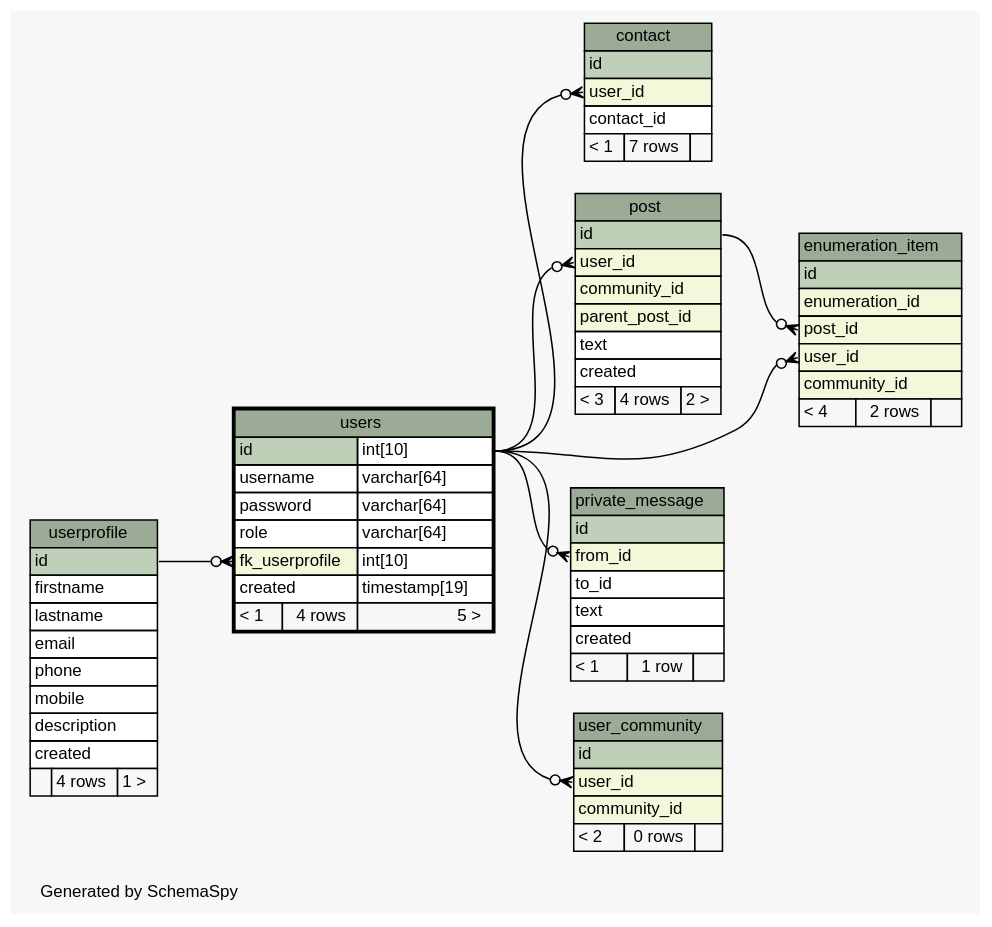
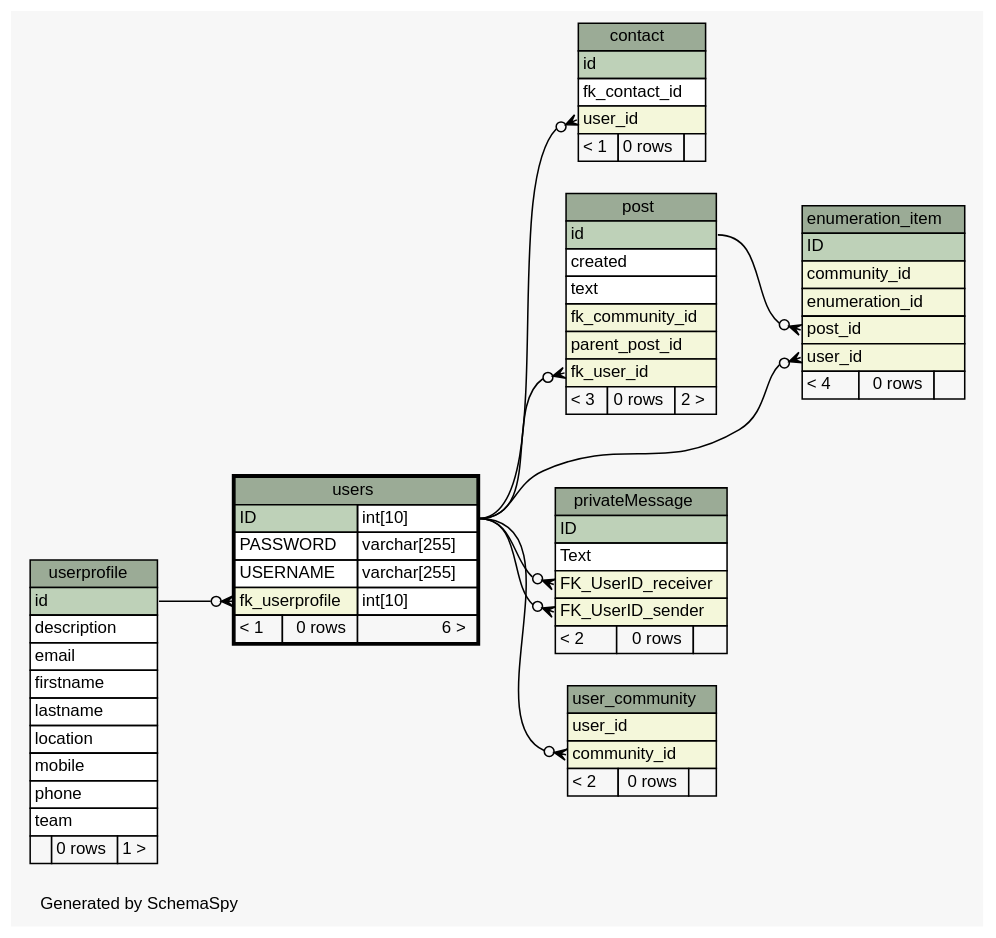
Before and after one commit to chr-krenn/chr-krenn-fhj-ws2017-sd17-pse: the diagram in doc/db_schema/diagrams/users.1degree.dot, drawn with Graphviz. The commit also changed 60 other files, not shown here.

```diff
--- a/doc/db_schema/diagrams/users.1degree.dot
+++ b/doc/db_schema/diagrams/users.1degree.dot
@@ -1,128 +1,126 @@
 // dot 2.40.1 on Linux 4.12.5-300.fc26.x86_64
 // SchemaSpy rev 590
 digraph "oneDegreeRelationshipsDiagram" {
   graph [
     rankdir="RL"
     bgcolor="#f7f7f7"
     label="\nGenerated by SchemaSpy"
     labeljust="l"
     nodesep="0.18"
     ranksep="0.46"
     fontname="Helvetica"
     fontsize="11"
   ];
   node [
     fontname="Helvetica"
     fontsize="11"
     shape="plaintext"
   ];
   edge [
     arrowsize="0.8"
   ];
-  "contact":"user_id":w -> "users":"id.type":e [arrowhead=none dir=back arrowtail=crowodot];
+  "contact":"user_id":w -> "users":"ID.type":e [arrowhead=none dir=back arrowtail=crowodot];
   "enumeration_item":"post_id":w -> "post":"id":e [arrowhead=none dir=back arrowtail=crowodot];
-  "enumeration_item":"user_id":w -> "users":"id.type":e [arrowhead=none dir=back arrowtail=crowodot];
-  "post":"user_id":w -> "users":"id.type":e [arrowhead=none dir=back arrowtail=crowodot];
-  "private_message":"from_id":w -> "users":"id.type":e [arrowhead=none dir=back arrowtail=crowodot];
-  "user_community":"user_id":w -> "users":"id.type":e [arrowhead=none dir=back arrowtail=crowodot];
+  "enumeration_item":"user_id":w -> "users":"ID.type":e [arrowhead=none dir=back arrowtail=crowodot];
+  "post":"fk_user_id":w -> "users":"ID.type":e [arrowhead=none dir=back arrowtail=crowodot];
+  "privateMessage":"FK_UserID_receiver":w -> "users":"ID.type":e [arrowhead=none dir=back arrowtail=crowodot];
+  "privateMessage":"FK_UserID_sender":w -> "users":"ID.type":e [arrowhead=none dir=back arrowtail=crowodot];
+  "user_community":"community_id":w -> "users":"ID.type":e [arrowhead=none dir=back arrowtail=crowodot];
   "users":"fk_userprofile":w -> "userprofile":"id":e [arrowhead=none dir=back arrowtail=crowodot];
   "contact" [
     label=<
     <TABLE BORDER="0" CELLBORDER="1" CELLSPACING="0" BGCOLOR="#ffffff">
       <TR><TD COLSPAN="3" BGCOLOR="#9bab96" ALIGN="CENTER">contact</TD></TR>
       <TR><TD PORT="id" COLSPAN="3" BGCOLOR="#bed1b8" ALIGN="LEFT">id</TD></TR>
+      <TR><TD PORT="fk_contact_id" COLSPAN="3" ALIGN="LEFT">fk_contact_id</TD></TR>
       <TR><TD PORT="user_id" COLSPAN="3" BGCOLOR="#f4f7da" ALIGN="LEFT">user_id</TD></TR>
-      <TR><TD PORT="contact_id" COLSPAN="3" ALIGN="LEFT">contact_id</TD></TR>
-      <TR><TD ALIGN="LEFT" BGCOLOR="#f7f7f7">&lt; 1</TD><TD ALIGN="RIGHT" BGCOLOR="#f7f7f7">7 rows</TD><TD ALIGN="RIGHT" BGCOLOR="#f7f7f7">  </TD></TR>
+      <TR><TD ALIGN="LEFT" BGCOLOR="#f7f7f7">&lt; 1</TD><TD ALIGN="RIGHT" BGCOLOR="#f7f7f7">0 rows</TD><TD ALIGN="RIGHT" BGCOLOR="#f7f7f7">  </TD></TR>
     </TABLE>>
     URL="contact.html"
     tooltip="contact"
   ];
   "enumeration_item" [
     label=<
     <TABLE BORDER="0" CELLBORDER="1" CELLSPACING="0" BGCOLOR="#ffffff">
       <TR><TD COLSPAN="3" BGCOLOR="#9bab96" ALIGN="CENTER">enumeration_item</TD></TR>
-      <TR><TD PORT="id" COLSPAN="3" BGCOLOR="#bed1b8" ALIGN="LEFT">id</TD></TR>
+      <TR><TD PORT="ID" COLSPAN="3" BGCOLOR="#bed1b8" ALIGN="LEFT">ID</TD></TR>
+      <TR><TD PORT="community_id" COLSPAN="3" BGCOLOR="#f4f7da" ALIGN="LEFT">community_id</TD></TR>
       <TR><TD PORT="enumeration_id" COLSPAN="3" BGCOLOR="#f4f7da" ALIGN="LEFT">enumeration_id</TD></TR>
       <TR><TD PORT="post_id" COLSPAN="3" BGCOLOR="#f4f7da" ALIGN="LEFT">post_id</TD></TR>
       <TR><TD PORT="user_id" COLSPAN="3" BGCOLOR="#f4f7da" ALIGN="LEFT">user_id</TD></TR>
-      <TR><TD PORT="community_id" COLSPAN="3" BGCOLOR="#f4f7da" ALIGN="LEFT">community_id</TD></TR>
-      <TR><TD ALIGN="LEFT" BGCOLOR="#f7f7f7">&lt; 4</TD><TD ALIGN="RIGHT" BGCOLOR="#f7f7f7">2 rows</TD><TD ALIGN="RIGHT" BGCOLOR="#f7f7f7">  </TD></TR>
+      <TR><TD ALIGN="LEFT" BGCOLOR="#f7f7f7">&lt; 4</TD><TD ALIGN="RIGHT" BGCOLOR="#f7f7f7">0 rows</TD><TD ALIGN="RIGHT" BGCOLOR="#f7f7f7">  </TD></TR>
     </TABLE>>
     URL="enumeration_item.html"
     tooltip="enumeration_item"
   ];
   "post" [
     label=<
     <TABLE BORDER="0" CELLBORDER="1" CELLSPACING="0" BGCOLOR="#ffffff">
       <TR><TD COLSPAN="3" BGCOLOR="#9bab96" ALIGN="CENTER">post</TD></TR>
       <TR><TD PORT="id" COLSPAN="3" BGCOLOR="#bed1b8" ALIGN="LEFT">id</TD></TR>
-      <TR><TD PORT="user_id" COLSPAN="3" BGCOLOR="#f4f7da" ALIGN="LEFT">user_id</TD></TR>
-      <TR><TD PORT="community_id" COLSPAN="3" BGCOLOR="#f4f7da" ALIGN="LEFT">community_id</TD></TR>
+      <TR><TD PORT="created" COLSPAN="3" ALIGN="LEFT">created</TD></TR>
+      <TR><TD PORT="text" COLSPAN="3" ALIGN="LEFT">text</TD></TR>
+      <TR><TD PORT="fk_community_id" COLSPAN="3" BGCOLOR="#f4f7da" ALIGN="LEFT">fk_community_id</TD></TR>
       <TR><TD PORT="parent_post_id" COLSPAN="3" BGCOLOR="#f4f7da" ALIGN="LEFT">parent_post_id</TD></TR>
-      <TR><TD PORT="text" COLSPAN="3" ALIGN="LEFT">text</TD></TR>
-      <TR><TD PORT="created" COLSPAN="3" ALIGN="LEFT">created</TD></TR>
-      <TR><TD ALIGN="LEFT" BGCOLOR="#f7f7f7">&lt; 3</TD><TD ALIGN="RIGHT" BGCOLOR="#f7f7f7">4 rows</TD><TD ALIGN="RIGHT" BGCOLOR="#f7f7f7">2 &gt;</TD></TR>
+      <TR><TD PORT="fk_user_id" COLSPAN="3" BGCOLOR="#f4f7da" ALIGN="LEFT">fk_user_id</TD></TR>
+      <TR><TD ALIGN="LEFT" BGCOLOR="#f7f7f7">&lt; 3</TD><TD ALIGN="RIGHT" BGCOLOR="#f7f7f7">0 rows</TD><TD ALIGN="RIGHT" BGCOLOR="#f7f7f7">2 &gt;</TD></TR>
     </TABLE>>
     URL="post.html"
     tooltip="post"
   ];
-  "private_message" [
+  "privateMessage" [
     label=<
     <TABLE BORDER="0" CELLBORDER="1" CELLSPACING="0" BGCOLOR="#ffffff">
-      <TR><TD COLSPAN="3" BGCOLOR="#9bab96" ALIGN="CENTER">private_message</TD></TR>
-      <TR><TD PORT="id" COLSPAN="3" BGCOLOR="#bed1b8" ALIGN="LEFT">id</TD></TR>
-      <TR><TD PORT="from_id" COLSPAN="3" BGCOLOR="#f4f7da" ALIGN="LEFT">from_id</TD></TR>
-      <TR><TD PORT="to_id" COLSPAN="3" ALIGN="LEFT">to_id</TD></TR>
-      <TR><TD PORT="text" COLSPAN="3" ALIGN="LEFT">text</TD></TR>
-      <TR><TD PORT="created" COLSPAN="3" ALIGN="LEFT">created</TD></TR>
-      <TR><TD ALIGN="LEFT" BGCOLOR="#f7f7f7">&lt; 1</TD><TD ALIGN="RIGHT" BGCOLOR="#f7f7f7">1 row</TD><TD ALIGN="RIGHT" BGCOLOR="#f7f7f7">  </TD></TR>
+      <TR><TD COLSPAN="3" BGCOLOR="#9bab96" ALIGN="CENTER">privateMessage</TD></TR>
+      <TR><TD PORT="ID" COLSPAN="3" BGCOLOR="#bed1b8" ALIGN="LEFT">ID</TD></TR>
+      <TR><TD PORT="Text" COLSPAN="3" ALIGN="LEFT">Text</TD></TR>
+      <TR><TD PORT="FK_UserID_receiver" COLSPAN="3" BGCOLOR="#f4f7da" ALIGN="LEFT">FK_UserID_receiver</TD></TR>
+      <TR><TD PORT="FK_UserID_sender" COLSPAN="3" BGCOLOR="#f4f7da" ALIGN="LEFT">FK_UserID_sender</TD></TR>
+      <TR><TD ALIGN="LEFT" BGCOLOR="#f7f7f7">&lt; 2</TD><TD ALIGN="RIGHT" BGCOLOR="#f7f7f7">0 rows</TD><TD ALIGN="RIGHT" BGCOLOR="#f7f7f7">  </TD></TR>
     </TABLE>>
-    URL="private_message.html"
-    tooltip="private_message"
+    URL="privateMessage.html"
+    tooltip="privateMessage"
   ];
   "user_community" [
     label=<
     <TABLE BORDER="0" CELLBORDER="1" CELLSPACING="0" BGCOLOR="#ffffff">
       <TR><TD COLSPAN="3" BGCOLOR="#9bab96" ALIGN="CENTER">user_community</TD></TR>
-      <TR><TD PORT="id" COLSPAN="3" BGCOLOR="#bed1b8" ALIGN="LEFT">id</TD></TR>
       <TR><TD PORT="user_id" COLSPAN="3" BGCOLOR="#f4f7da" ALIGN="LEFT">user_id</TD></TR>
       <TR><TD PORT="community_id" COLSPAN="3" BGCOLOR="#f4f7da" ALIGN="LEFT">community_id</TD></TR>
       <TR><TD ALIGN="LEFT" BGCOLOR="#f7f7f7">&lt; 2</TD><TD ALIGN="RIGHT" BGCOLOR="#f7f7f7">0 rows</TD><TD ALIGN="RIGHT" BGCOLOR="#f7f7f7">  </TD></TR>
     </TABLE>>
     URL="user_community.html"
     tooltip="user_community"
   ];
   "userprofile" [
     label=<
     <TABLE BORDER="0" CELLBORDER="1" CELLSPACING="0" BGCOLOR="#ffffff">
       <TR><TD COLSPAN="3" BGCOLOR="#9bab96" ALIGN="CENTER">userprofile</TD></TR>
       <TR><TD PORT="id" COLSPAN="3" BGCOLOR="#bed1b8" ALIGN="LEFT">id</TD></TR>
+      <TR><TD PORT="description" COLSPAN="3" ALIGN="LEFT">description</TD></TR>
+      <TR><TD PORT="email" COLSPAN="3" ALIGN="LEFT">email</TD></TR>
       <TR><TD PORT="firstname" COLSPAN="3" ALIGN="LEFT">firstname</TD></TR>
       <TR><TD PORT="lastname" COLSPAN="3" ALIGN="LEFT">lastname</TD></TR>
-      <TR><TD PORT="email" COLSPAN="3" ALIGN="LEFT">email</TD></TR>
+      <TR><TD PORT="location" COLSPAN="3" ALIGN="LEFT">location</TD></TR>
+      <TR><TD PORT="mobile" COLSPAN="3" ALIGN="LEFT">mobile</TD></TR>
       <TR><TD PORT="phone" COLSPAN="3" ALIGN="LEFT">phone</TD></TR>
-      <TR><TD PORT="mobile" COLSPAN="3" ALIGN="LEFT">mobile</TD></TR>
-      <TR><TD PORT="description" COLSPAN="3" ALIGN="LEFT">description</TD></TR>
-      <TR><TD PORT="created" COLSPAN="3" ALIGN="LEFT">created</TD></TR>
-      <TR><TD ALIGN="LEFT" BGCOLOR="#f7f7f7">  </TD><TD ALIGN="RIGHT" BGCOLOR="#f7f7f7">4 rows</TD><TD ALIGN="RIGHT" BGCOLOR="#f7f7f7">1 &gt;</TD></TR>
+      <TR><TD PORT="team" COLSPAN="3" ALIGN="LEFT">team</TD></TR>
+      <TR><TD ALIGN="LEFT" BGCOLOR="#f7f7f7">  </TD><TD ALIGN="RIGHT" BGCOLOR="#f7f7f7">0 rows</TD><TD ALIGN="RIGHT" BGCOLOR="#f7f7f7">1 &gt;</TD></TR>
     </TABLE>>
     URL="userprofile.html"
     tooltip="userprofile"
   ];
   "users" [
     label=<
     <TABLE BORDER="2" CELLBORDER="1" CELLSPACING="0" BGCOLOR="#ffffff">
       <TR><TD COLSPAN="3" BGCOLOR="#9bab96" ALIGN="CENTER">users</TD></TR>
-      <TR><TD PORT="id" COLSPAN="2" BGCOLOR="#bed1b8" ALIGN="LEFT">id</TD><TD PORT="id.type" ALIGN="LEFT">int[10]</TD></TR>
-      <TR><TD PORT="username" COLSPAN="2" ALIGN="LEFT">username</TD><TD PORT="username.type" ALIGN="LEFT">varchar[64]</TD></TR>
-      <TR><TD PORT="password" COLSPAN="2" ALIGN="LEFT">password</TD><TD PORT="password.type" ALIGN="LEFT">varchar[64]</TD></TR>
-      <TR><TD PORT="role" COLSPAN="2" ALIGN="LEFT">role</TD><TD PORT="role.type" ALIGN="LEFT">varchar[64]</TD></TR>
+      <TR><TD PORT="ID" COLSPAN="2" BGCOLOR="#bed1b8" ALIGN="LEFT">ID</TD><TD PORT="ID.type" ALIGN="LEFT">int[10]</TD></TR>
+      <TR><TD PORT="PASSWORD" COLSPAN="2" ALIGN="LEFT">PASSWORD</TD><TD PORT="PASSWORD.type" ALIGN="LEFT">varchar[255]</TD></TR>
+      <TR><TD PORT="USERNAME" COLSPAN="2" ALIGN="LEFT">USERNAME</TD><TD PORT="USERNAME.type" ALIGN="LEFT">varchar[255]</TD></TR>
       <TR><TD PORT="fk_userprofile" COLSPAN="2" BGCOLOR="#f4f7da" ALIGN="LEFT">fk_userprofile</TD><TD PORT="fk_userprofile.type" ALIGN="LEFT">int[10]</TD></TR>
-      <TR><TD PORT="created" COLSPAN="2" ALIGN="LEFT">created</TD><TD PORT="created.type" ALIGN="LEFT">timestamp[19]</TD></TR>
-      <TR><TD ALIGN="LEFT" BGCOLOR="#f7f7f7">&lt; 1</TD><TD ALIGN="RIGHT" BGCOLOR="#f7f7f7">4 rows</TD><TD ALIGN="RIGHT" BGCOLOR="#f7f7f7">5 &gt;</TD></TR>
+      <TR><TD ALIGN="LEFT" BGCOLOR="#f7f7f7">&lt; 1</TD><TD ALIGN="RIGHT" BGCOLOR="#f7f7f7">0 rows</TD><TD ALIGN="RIGHT" BGCOLOR="#f7f7f7">6 &gt;</TD></TR>
     </TABLE>>
     URL="users.html"
     tooltip="users"
   ];
 }
```
